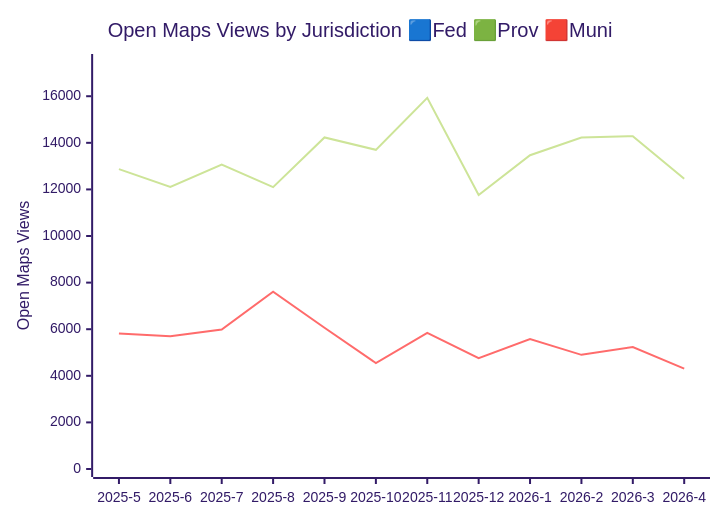
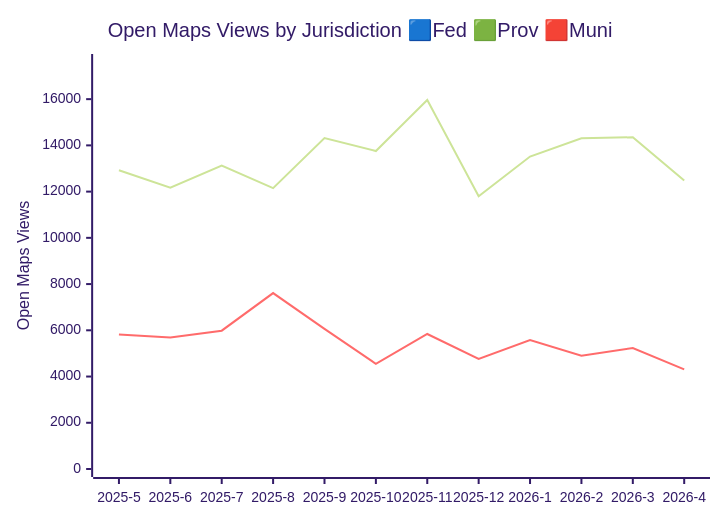
Before and after one commit to open-data/analytics-corporate-reporting: the third of 3 diagrams in JURISDICTION_ANALYTICS_REPORT/readme.md, drawn with Mermaid (forest theme). The commit also changed other lines of this file and 3 other files, not shown here.

````diff
--- a/JURISDICTION_ANALYTICS_REPORT/readme.md
+++ b/JURISDICTION_ANALYTICS_REPORT/readme.md
@@ -41,9 +41,9 @@
 ```mermaid
 
 xychart-beta
     title "Open Maps Views by Jurisdiction 🟦Fed 🟩Prov 🟥Muni"
     x-axis [2025-5, 2025-6, 2025-7, 2025-8, 2025-9, 2025-10, 2025-11, 2025-12, 2026-1, 2026-2, 2026-3, 2026-4]
-    y-axis "Open Maps Views" 0 --> 17469
-    line [12872, 12110, 13065, 12099, 14232, 13699, 15928, 11762, 13468, 14231, 14286, 12456]
+    y-axis "Open Maps Views" 0 --> 17607
+    line [12922, 12169, 13130, 12149, 14318, 13754, 15966, 11799, 13518, 14311, 14350, 12485]
     line [5820, 5694, 5984, 7610, 6062, 4549, 5840, 4759, 5574, 4900, 5234, 4310]
 ```
````
